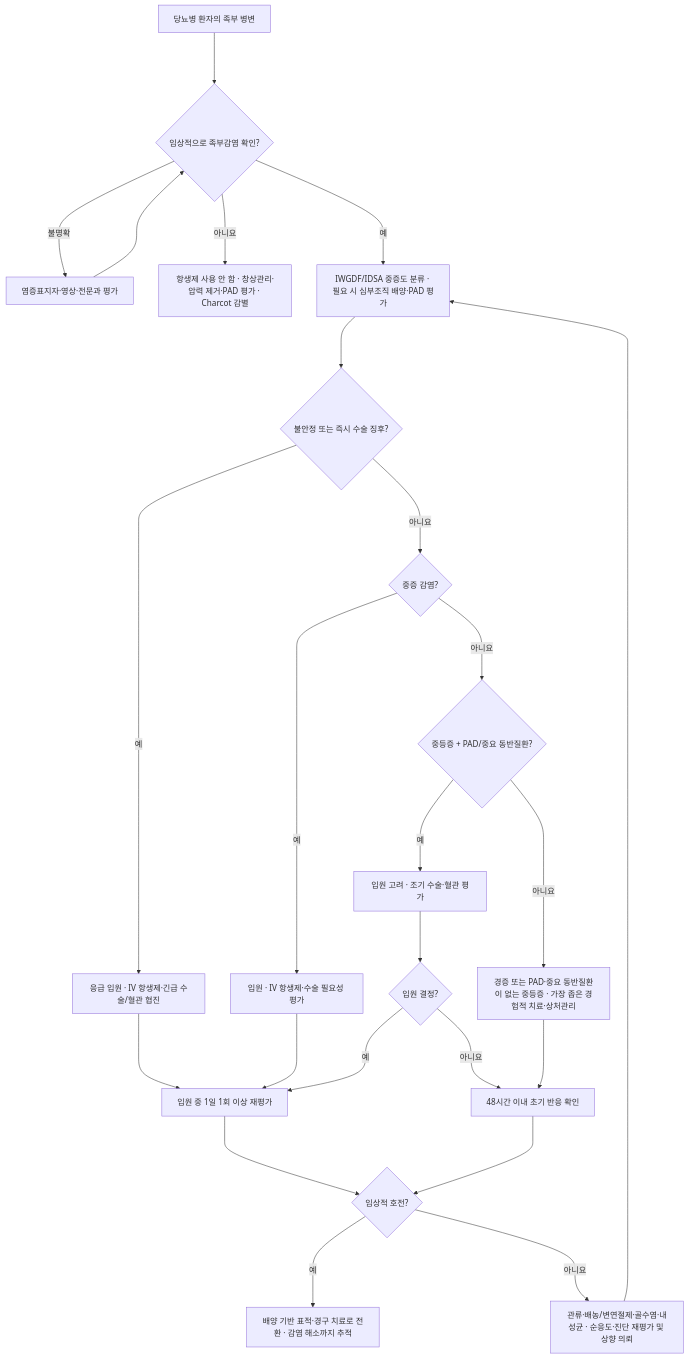
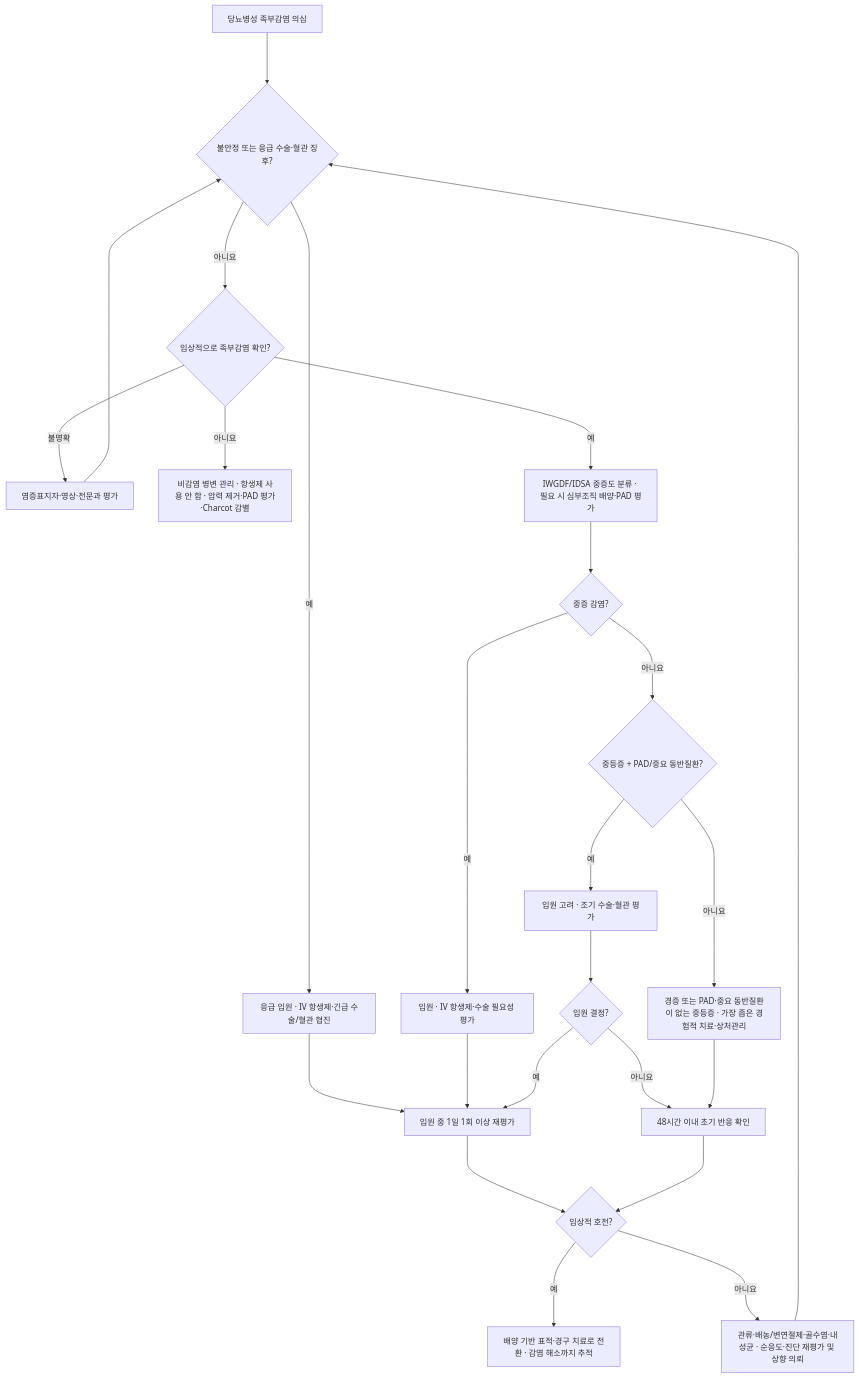
One commit to familyoh77/familyoh77 changed the diagram in 229_/171_-diabetic-foot-infection.md. Above: the diagram before and after it, drawn with Mermaid. The commit also changed other lines of this file and 20 other files, not shown here.

````diff
--- a/229_/171_-diabetic-foot-infection.md
+++ b/229_/171_-diabetic-foot-infection.md
@@ -133,26 +135,26 @@
 ```mermaid
 flowchart TB
-    A["당뇨병 환자의 족부 병변"] ---> B{"임상적으로 족부감염 확인?"}
+    A["당뇨병성 족부감염 의심"] ---> E{"불안정 또는 응급 수술·혈관 징후?"}
+    E -- "예" ---> F["응급 입원 · IV 항생제·긴급 수술/혈관 협진"]
+    E -- "아니요" ---> B{"임상적으로 족부감염 확인?"}
     B -- "불명확" ---> R["염증표지자·영상·전문과 평가"]
-    R ---> B
-    B -- "아니요" ---> C["항생제 사용 안 함 · 창상관리·압력 제거·PAD 평가 · Charcot 감별"]
+    R ---> E
+    B -- "아니요" ---> C["비감염 병변 관리 · 항생제 사용 안 함 · 압력 제거·PAD 평가·Charcot 감별"]
     B -- "예" ---> D["IWGDF/IDSA 중증도 분류 · 필요 시 심부조직 배양·PAD 평가"]
-    D ---> E{"불안정 또는 즉시 수술 징후?"}
-    E -- "예" ---> F["응급 입원 · IV 항생제·긴급 수술/혈관 협진"]
-    E -- "아니요" ---> O{"중증 감염?"}
+    D ---> O{"중증 감염?"}
     O -- "예" ---> P["입원 · IV 항생제·수술 필요성 평가"]
     O -- "아니요" ---> G{"중등증 + PAD/중요 동반질환?"}
     G -- "예" ---> H["입원 고려 · 조기 수술·혈관 평가"]
     G -- "아니요" ---> I["경증 또는 PAD·중요 동반질환이 없는 중등증 · 가장 좁은 경험적 치료·상처관리"]
     F ---> J["입원 중 1일 1회 이상 재평가"]
     P ---> J
     H ---> Q{"입원 결정?"}
     Q -- "예" ---> J
     Q -- "아니요" ---> K
     I ---> K["48시간 이내 초기 반응 확인"]
     J ---> L{"임상적 호전?"}
     K ---> L
     L -- "예" ---> M["배양 기반 표적·경구 치료로 전환 · 감염 해소까지 추적"]
     L -- "아니요" ---> N["관류·배농/변연절제·골수염·내성균 · 순응도·진단 재평가 및 상향 의뢰"]
-    N ---> D
+    N ---> E
 ```
````
